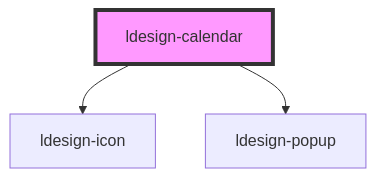
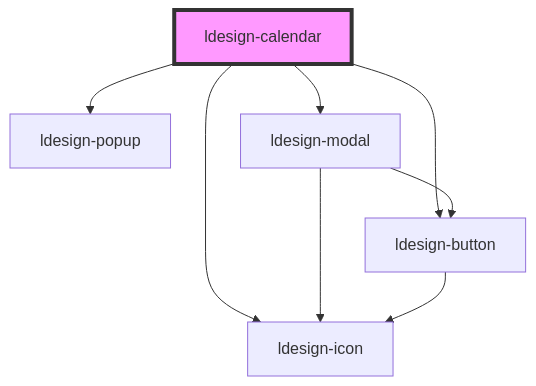
One commit to poly1603/ldesign changed the diagram in packages/webcomponent/src/components/calendar/readme.md. Above: the diagram before and after it, drawn with Mermaid. The commit also changed other lines of this file and 3 other files, not shown here.

````diff
--- a/packages/webcomponent/src/components/calendar/readme.md
+++ b/packages/webcomponent/src/components/calendar/readme.md
@@ -53,6 +67,11 @@
 ```mermaid
 graph TD;
   ldesign-calendar --> ldesign-icon
   ldesign-calendar --> ldesign-popup
+  ldesign-calendar --> ldesign-modal
+  ldesign-calendar --> ldesign-button
+  ldesign-modal --> ldesign-button
+  ldesign-modal --> ldesign-icon
+  ldesign-button --> ldesign-icon
   style ldesign-calendar fill:#f9f,stroke:#333,stroke-width:4px
 ```
````
